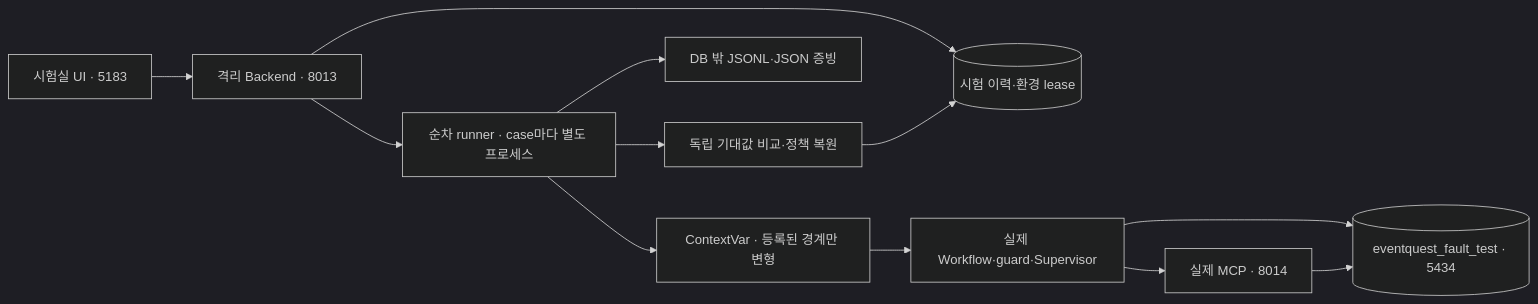
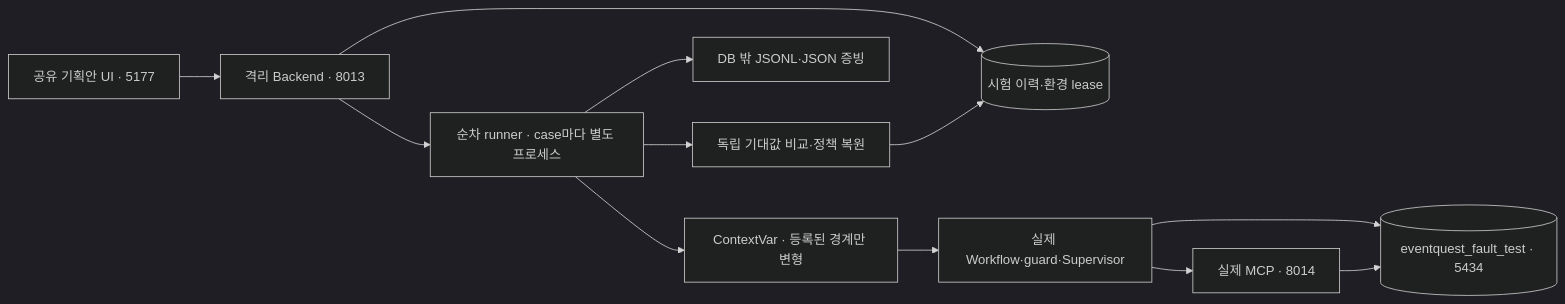
Before and after one commit to encore-ai-campus/aio-01-p3-team2: the diagram in docs/ik/기획안설계/16_오류시험실_구현과_검증.md, drawn with Mermaid (dark theme). The commit also changed other lines of this file and 4 other files, not shown here.

````diff
--- a/docs/ik/기획안설계/16_오류시험실_구현과_검증.md
+++ b/docs/ik/기획안설계/16_오류시험실_구현과_검증.md
@@ -7,14 +9,14 @@
 ```mermaid
 flowchart LR
-  UI[시험실 UI · 5183] --> API[격리 Backend · 8013]
+  UI[공유 기획안 UI · 5177] --> API[격리 Backend · 8013]
   API --> History[(시험 이력·환경 lease)]
   API --> Runner[순차 runner · case마다 별도 프로세스]
   Runner --> Injection[ContextVar · 등록된 경계만 변형]
   Injection --> Workflow[실제 Workflow·guard·Supervisor]
   Workflow --> MCP[실제 MCP · 8014]
   Workflow --> DB[(eventquest_fault_test · 5434)]
   MCP --> DB
   Runner --> Journal[DB 밖 JSONL·JSON 증빙]
   Runner --> Oracle[독립 기대값 비교·정책 복원]
   Oracle --> History
 ```
````
